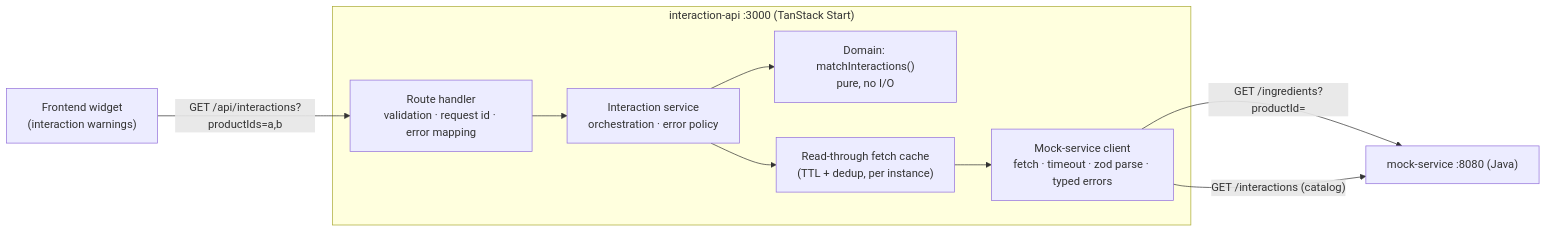
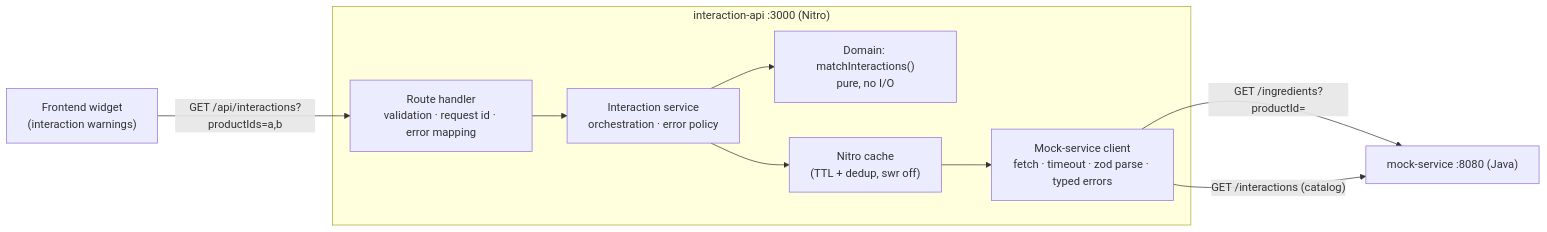
The first of 3 diagrams in docs/architecture.md (hkashlan/redcare-interactions), drawn with Mermaid before and after one commit. The commit also changed other lines of this file and 22 other files, not shown here.

````diff
--- a/docs/architecture.md
+++ b/docs/architecture.md
@@ -7,20 +7,20 @@
 ```mermaid
 flowchart LR
     Widget["Frontend widget<br/>(interaction warnings)"]
-    subgraph interactionApi ["interaction-api :3000 (TanStack Start)"]
+    subgraph interactionApi ["interaction-api :3000 (Nitro)"]
         Handler["Route handler<br/>validation · request id · error mapping"]
         Service["Interaction service<br/>orchestration · error policy"]
         Domain["Domain: matchInteractions()<br/>pure, no I/O"]
-        Cache["Read-through fetch cache<br/>(TTL + dedup, per instance)"]
+        Cache["Nitro cache<br/>(TTL + dedup, swr off)"]
         Client["Mock-service client<br/>fetch · timeout · zod parse · typed errors"]
     end
     Mock["mock-service :8080 (Java)"]
 
     Widget -->|"GET /api/interactions?productIds=a,b"| Handler
     Handler --> Service
     Service --> Domain
     Service --> Cache
     Cache --> Client
     Client -->|"GET /ingredients?productId="| Mock
     Client -->|"GET /interactions (catalog)"| Mock
 ```
````
